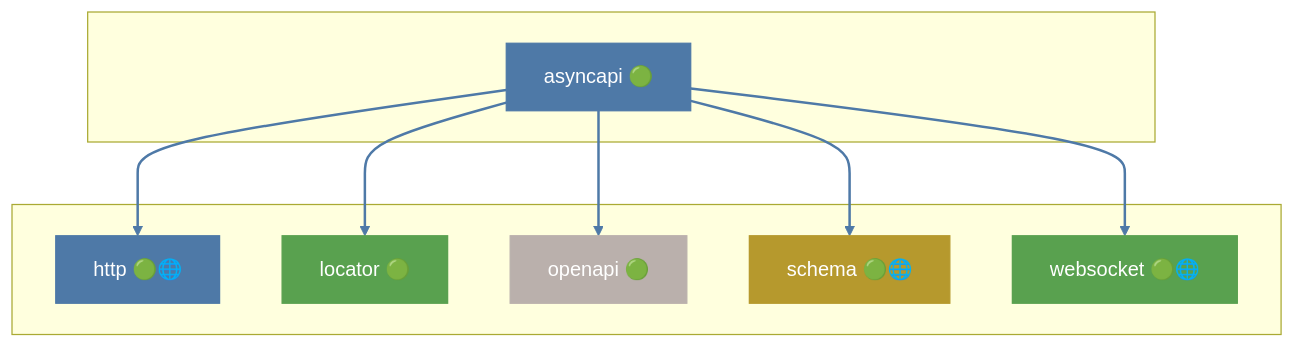
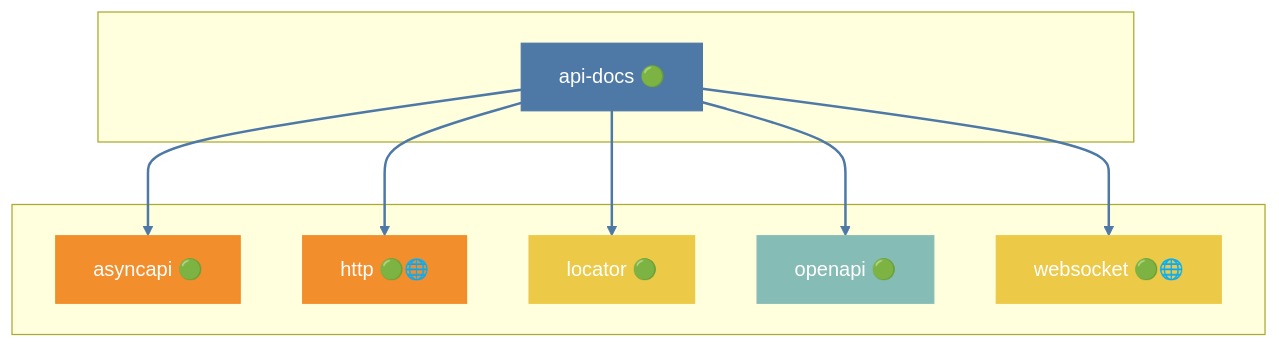
The second of 43 diagrams in docs/DEPENDENCIES.md (grest-ts/grest-ts), drawn with Mermaid before and after one commit. The commit also changed other lines of this file and 86 other files, not shown here.

````diff
--- a/docs/DEPENDENCIES.md
+++ b/docs/DEPENDENCIES.md
@@ -381,29 +393,29 @@
 ```mermaid
 flowchart TB
     subgraph Package[" "]
-        asyncapi["asyncapi 🟢"]
+        api-docs["api-docs 🟢"]
     end
     subgraph Dependencies[" "]
+        asyncapi["asyncapi 🟢"]
         http["http 🟢🌐"]
         locator["locator 🟢"]
         openapi["openapi 🟢"]
-        schema["schema 🟢🌐"]
         websocket["websocket 🟢🌐"]
     end
-    asyncapi --> http
-    asyncapi --> locator
-    asyncapi --> openapi
-    asyncapi --> schema
-    asyncapi --> websocket
-    style asyncapi fill:#4E79A7,stroke:#4E79A7,color:#fff
-    style http fill:#4E79A7,stroke:#4E79A7,color:#fff
-    style locator fill:#59A14F,stroke:#59A14F,color:#fff
-    style openapi fill:#BAB0AC,stroke:#BAB0AC,color:#fff
-    style schema fill:#B6992D,stroke:#B6992D,color:#fff
-    style websocket fill:#59A14F,stroke:#59A14F,color:#fff
+    api-docs --> asyncapi
+    api-docs --> http
+    api-docs --> locator
+    api-docs --> openapi
+    api-docs --> websocket
+    style api-docs fill:#4E79A7,stroke:#4E79A7,color:#fff
+    style asyncapi fill:#F28E2B,stroke:#F28E2B,color:#fff
+    style http fill:#F28E2B,stroke:#F28E2B,color:#fff
+    style locator fill:#EDC948,stroke:#EDC948,color:#fff
+    style openapi fill:#86BCB6,stroke:#86BCB6,color:#fff
+    style websocket fill:#EDC948,stroke:#EDC948,color:#fff
     linkStyle 0 stroke:#4E79A7,stroke-width:2px
     linkStyle 1 stroke:#4E79A7,stroke-width:2px
     linkStyle 2 stroke:#4E79A7,stroke-width:2px
     linkStyle 3 stroke:#4E79A7,stroke-width:2px
     linkStyle 4 stroke:#4E79A7,stroke-width:2px
 ```
````
